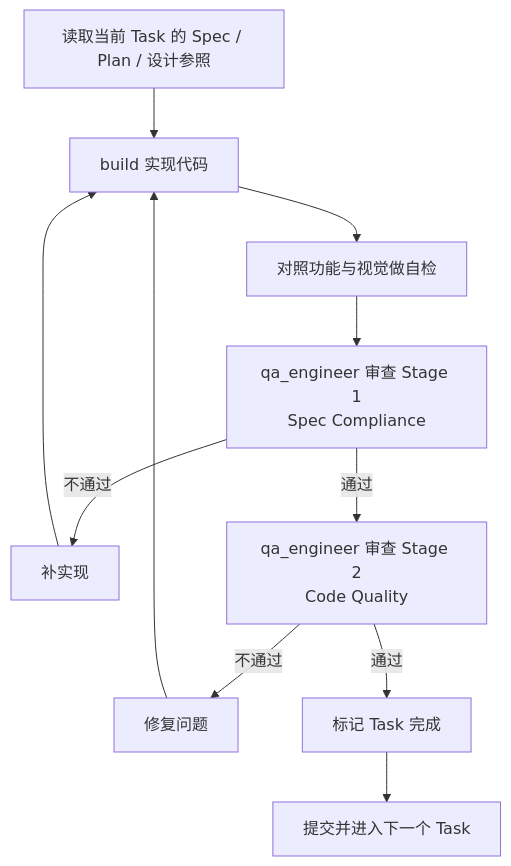
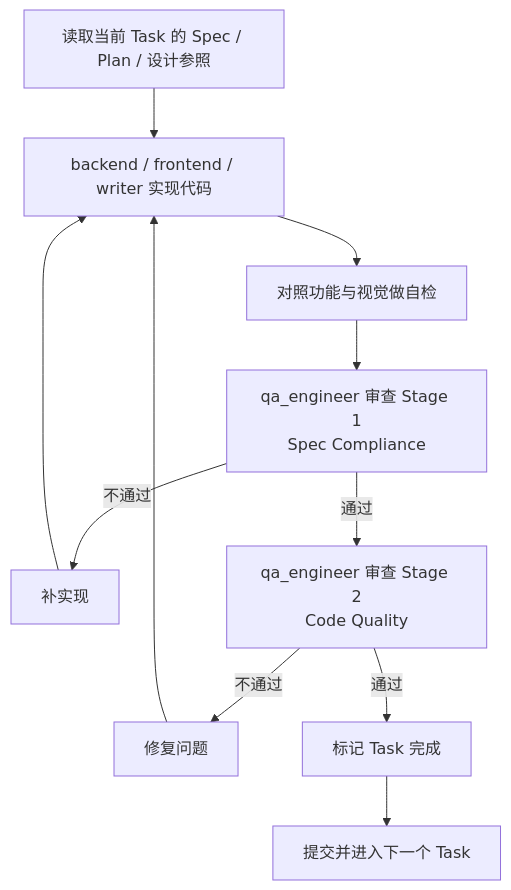
One commit to walke2019/opencode-pm-workflow changed the second of 3 diagrams in docs/runbooks/pm-workflow-usage-flow.md. Above: the diagram before and after it, drawn with Mermaid. The commit also changed other lines of this file and 11 other files, not shown here.

````diff
--- a/docs/runbooks/pm-workflow-usage-flow.md
+++ b/docs/runbooks/pm-workflow-usage-flow.md
@@ -298,13 +318,13 @@
 ```mermaid
 flowchart TD
-    A[读取当前 Task 的 Spec / Plan / 设计参照] --> B[build 实现代码]
+    A[读取当前 Task 的 Spec / Plan / 设计参照] --> B[backend / frontend / writer 实现代码]
     B --> C[对照功能与视觉做自检]
     C --> D[qa_engineer 审查 Stage 1\nSpec Compliance]
     D -- 不通过 --> E[补实现]
     E --> B
     D -- 通过 --> F[qa_engineer 审查 Stage 2\nCode Quality]
     F -- 不通过 --> G[修复问题]
     G --> B
     F -- 通过 --> H[标记 Task 完成]
     H --> I[提交并进入下一个 Task]
 ```
````
